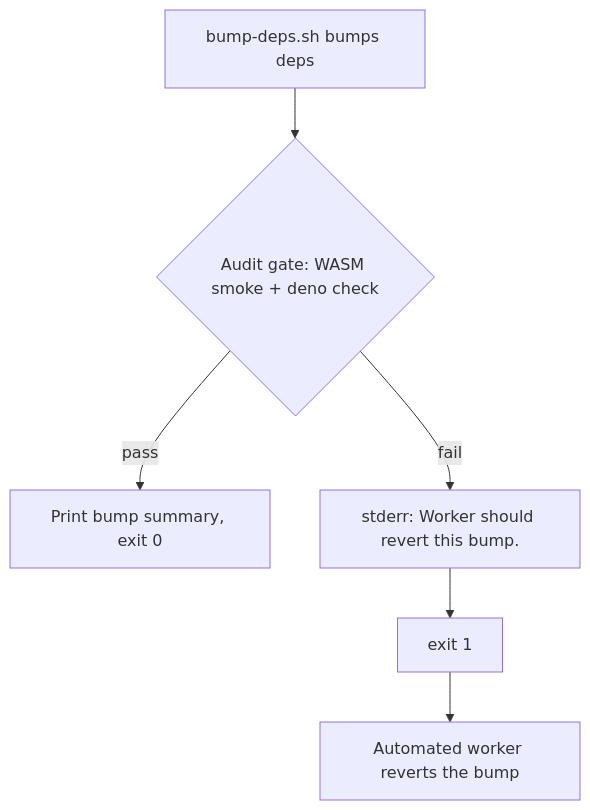
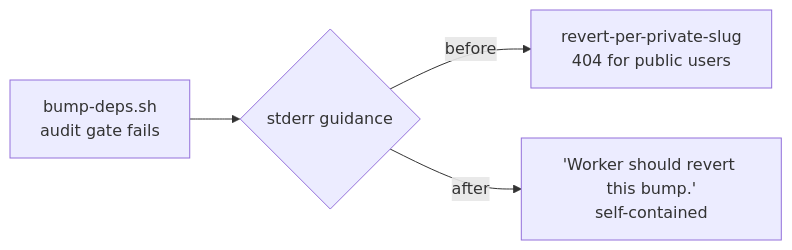
Before and after one commit to stSoftwareAU/NEAT-AI: the diagram in docs/archive/pr-summaries/pr-summary-3458.md, drawn with Mermaid. The commit also changed other lines of this file, not shown here.

First line of the commit message:
Docs: add PR summary for issue #3458

````diff
--- a/docs/archive/pr-summaries/pr-summary-3458.md
+++ b/docs/archive/pr-summaries/pr-summary-3458.md
@@ -44,8 +44,6 @@
 ```mermaid
-flowchart TD
-    A[bump-deps.sh bumps deps] --> B{Audit gate: WASM smoke + deno check}
-    B -- pass --> C[Print bump summary, exit 0]
-    B -- fail --> D["stderr: Worker should revert this bump."]
-    D --> E[exit 1]
-    E --> F[Automated worker reverts the bump]
+flowchart LR
+    A["bump-deps.sh<br/>audit gate fails"] --> B{"stderr guidance"}
+    B -->|before| C["revert-per-private-slug<br/>404 for public users"]
+    B -->|after| D["'Worker should revert this bump.'<br/>self-contained"]
 ```
````
